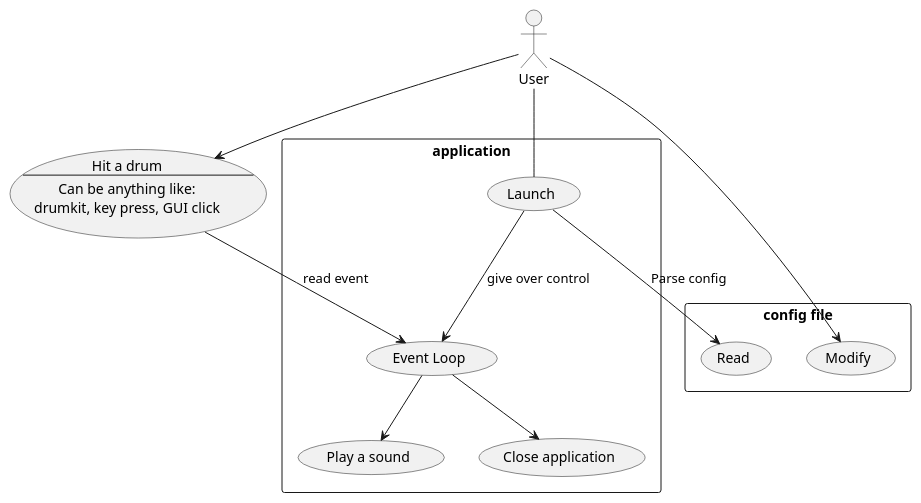
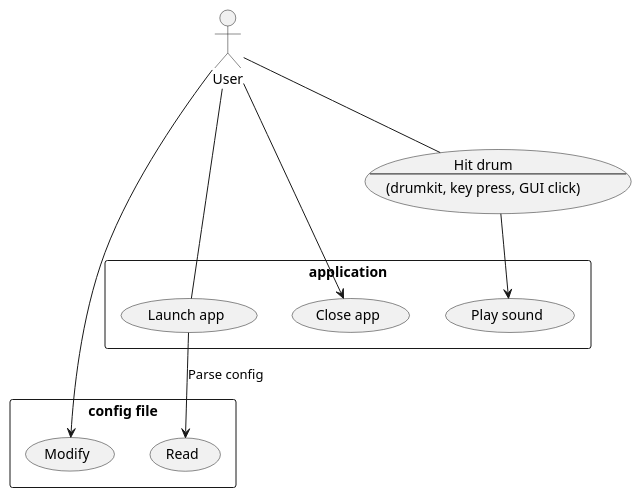
The diagram in doc/UseCase.wsd (sfraczek/rock-band-drums), drawn with PlantUML before and after one commit.

Commit message:
remove event loop from Use Case diagram

```diff
--- a/doc/UseCase.wsd
+++ b/doc/UseCase.wsd
@@ -1,32 +1,28 @@
 @startuml Use Case
 skinparam packageStyle rectangle
 
 actor User
 
 rectangle "config file" {
     (Modify) as ModifyConfig
     (Read) as ReadConfig
 }
 
 rectangle application {
-    (Launch) as Launch
-    (Event Loop) as EventLoop
-    (Play a sound) as PlaySound
-    (Close application) as CloseApplication
+    (Launch app) as LaunchApp
+    (Play sound) as PlaySound
+    (Close app) as CloseApp
 }
 
-usecase HitDrum as "Hit a drum
+usecase HitDrum as "Hit drum
 ---
-Can be anything like:
-drumkit, key press, GUI click"
+(drumkit, key press, GUI click)"
 
-User -- Launch
+User -- LaunchApp
 User --> ModifyConfig
-User --> HitDrum
+User -- HitDrum
+User --> CloseApp
 
-Launch --> ReadConfig : Parse config
-Launch --> EventLoop : give over control
-EventLoop --> PlaySound
-EventLoop --> CloseApplication
-HitDrum --> EventLoop : read event
+LaunchApp --> ReadConfig : Parse config
+HitDrum --> PlaySound
 @enduml
```
